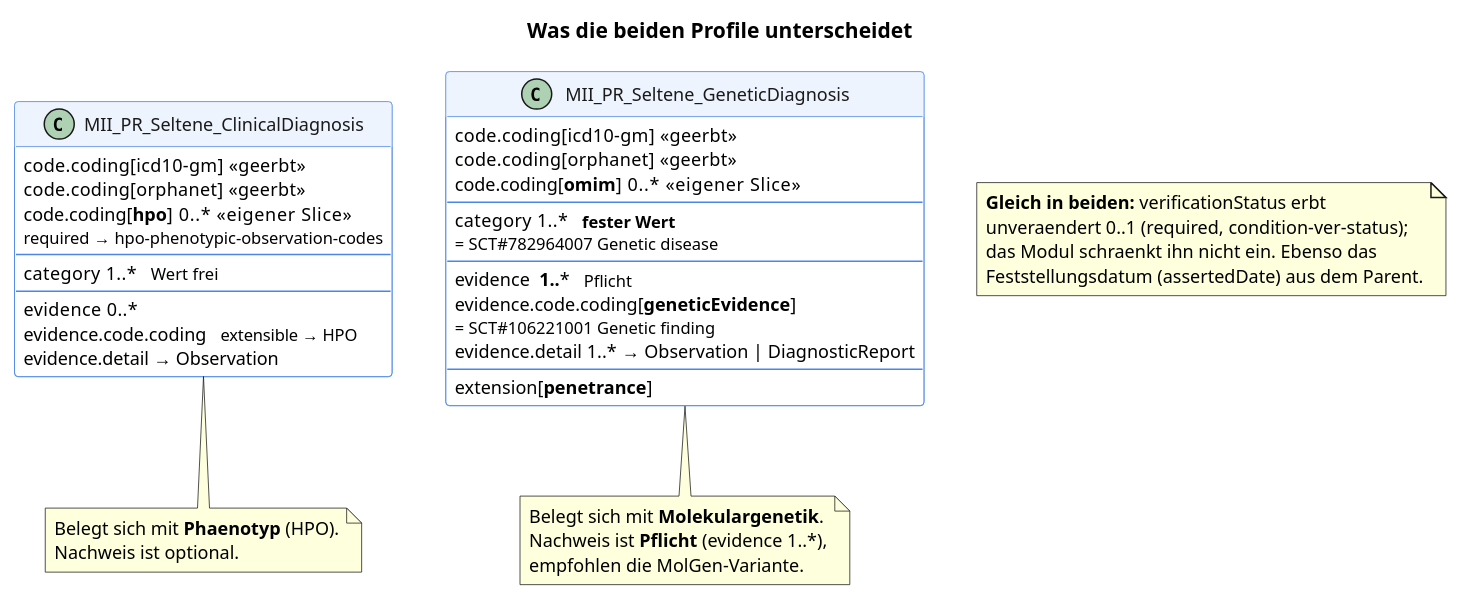
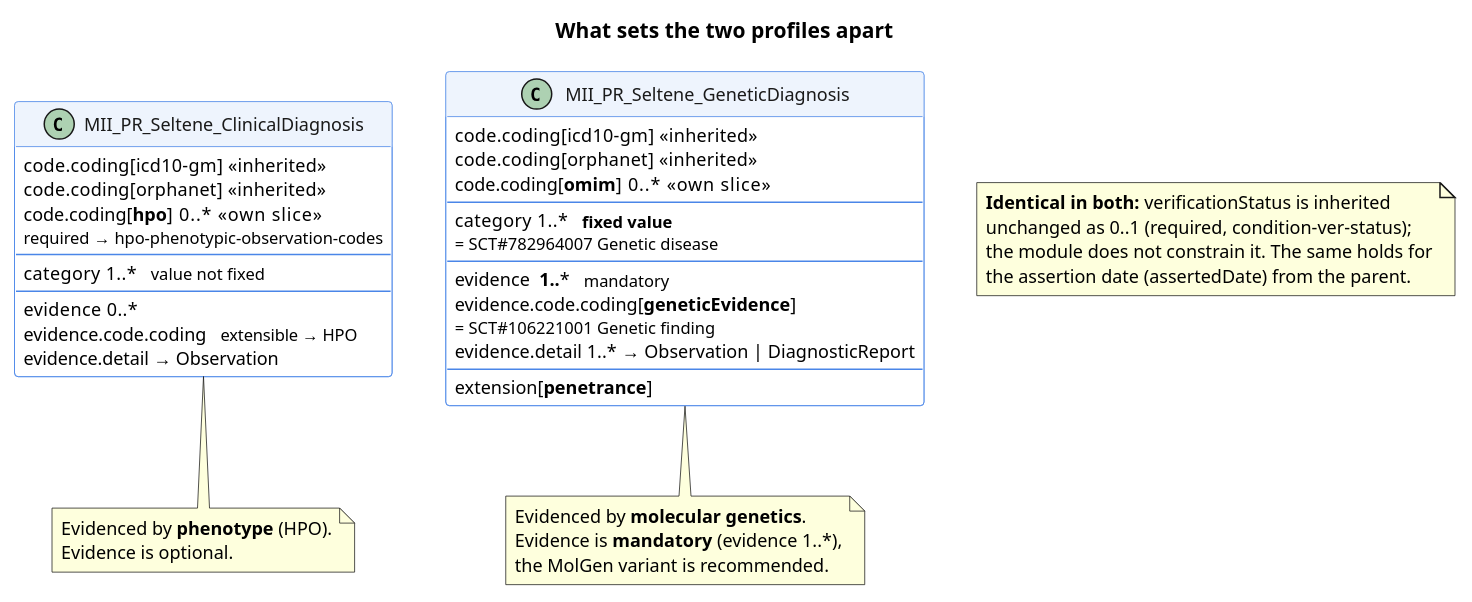
Before and after one commit to medizininformatik-initiative/kerndatensatzmodul-seltene-erkrankungen: the diagram in input/images-source/diagnose-klinisch-vs-genetisch.puml, drawn with PlantUML. The commit also changed 12 other files, not shown here.

First line of the commit message:
fix(images): Diagnose-Diagramme mit Umlauten und in beiden Sprachen

```diff
--- a/input/images-source/diagnose-klinisch-vs-genetisch.puml
+++ b/input/images-source/diagnose-klinisch-vs-genetisch.puml
@@ -1,83 +1,73 @@
 @startuml
-' Klinische gegen genetische Diagnose — Strukturvergleich.
-' Sprachneutral: nur FHIR-Elementnamen, Profil-IDs und Codes.
+' Clinical versus genetic diagnosis — structural comparison, English rendering.
+' German twin: diagnose-klinisch-vs-genetisch-de.puml (renders to …-de.svg).
+' See the header of diagnose-parallelmodell.puml for why the pair exists.
 '
-' Korrigiert 2026-09-03. Die erste Fassung (2026-09-02) fuehrte vier
-' Extensions auf, die noch am selben Tag entfernt wurden (ageOfOnset,
-' inheritancePattern an beiden Profilen, geneticBasis an der genetischen),
-' und behauptete einen Unterschied "Kategorie optional gegen Pflicht", den
-' es nie gab: category ist in BEIDEN Profilen 1..*. Der wirkliche Unterschied
-' ist, dass die genetische Diagnose den WERT der Kategorie festlegt.
-' Ausserdem war verificationStatus als Profil-Constraint dargestellt — das
-' Modul schraenkt es an keiner Stelle ein, es erbt unveraendert 0..1 mit
-' required-Bindung an condition-ver-status. Die Empfehlung, welcher Status
-' wann zu setzen ist, steht im Parallelmodell-Diagramm, wo sie hingehoert.
-' Jede Zeile unten ist am 2026-09-03 gegen die generierten
-' StructureDefinitions geprueft.
-' KEIN 'left to right direction': das dreht die Semantik der Pfeilrichtung um,
-' wodurch aus '-[hidden]right->' ein Untereinander wird und der Vergleich seine
-' Nebeneinander-Anordnung verliert (so passiert am 2026-09-03).
+' Every line below was checked against the generated StructureDefinitions on
+' 2026-09-03. NO 'left to right direction': it inverts arrow-direction
+' semantics, turning '-[hidden]right->' into a vertical stack and costing the
+' comparison its side-by-side arrangement.
 skinparam backgroundColor transparent
 skinparam shadowing false
 skinparam defaultFontName Helvetica
 skinparam defaultFontSize 12
 skinparam ArrowColor #555555
 skinparam class {
   BorderColor #4a86e8
   BackgroundColor #ffffff
   HeaderBackgroundColor #eef4fd
   FontColor #1a1a1a
 }
 
-title Was die beiden Profile unterscheidet
+title What sets the two profiles apart
 
 class "MII_PR_Seltene_ClinicalDiagnosis" as C {
-  code.coding[icd10-gm]   << geerbt >>
-  code.coding[orphanet]   << geerbt >>
-  code.coding[**hpo**]  0..*   << eigener Slice >>
+  code.coding[icd10-gm]   << inherited >>
+  code.coding[orphanet]   << inherited >>
+  code.coding[**hpo**]  0..*   << own slice >>
   <size:11>required → hpo-phenotypic-observation-codes</size>
   --
-  category  1..*   <size:11>Wert frei</size>
+  category  1..*   <size:11>value not fixed</size>
   --
   evidence  0..*
   evidence.code.coding   <size:11>extensible → HPO</size>
   evidence.detail → Observation
 }
 
 class "MII_PR_Seltene_GeneticDiagnosis" as G {
-  code.coding[icd10-gm]   << geerbt >>
-  code.coding[orphanet]   << geerbt >>
-  code.coding[**omim**]  0..*   << eigener Slice >>
+  code.coding[icd10-gm]   << inherited >>
+  code.coding[orphanet]   << inherited >>
+  code.coding[**omim**]  0..*   << own slice >>
   --
-  category  1..*   <size:11>**fester Wert**</size>
+  category  1..*   <size:11>**fixed value**</size>
   <size:11>= SCT#782964007 Genetic disease</size>
   --
-  evidence  **1..***   <size:11>Pflicht</size>
+  evidence  **1..***   <size:11>mandatory</size>
   evidence.code.coding[**geneticEvidence**]
   <size:11>= SCT#106221001 Genetic finding</size>
   evidence.detail  1..* → Observation | DiagnosticReport
   --
   extension[**penetrance**]
 }
 
 C -[hidden]right-> G
 
 note bottom of C
-  Belegt sich mit **Phaenotyp** (HPO).
-  Nachweis ist optional.
+  Evidenced by **phenotype** (HPO).
+  Evidence is optional.
 end note
 
 note bottom of G
-  Belegt sich mit **Molekulargenetik**.
-  Nachweis ist **Pflicht** (evidence 1..*),
-  empfohlen die MolGen-Variante.
+  Evidenced by **molecular genetics**.
+  Evidence is **mandatory** (evidence 1..*),
+  the MolGen variant is recommended.
 end note
 
 note as N
-  **Gleich in beiden:** verificationStatus erbt
-  unveraendert 0..1 (required, condition-ver-status);
-  das Modul schraenkt ihn nicht ein. Ebenso das
-  Feststellungsdatum (assertedDate) aus dem Parent.
+  **Identical in both:** verificationStatus is inherited
+  unchanged as 0..1 (required, condition-ver-status);
+  the module does not constrain it. The same holds for
+  the assertion date (assertedDate) from the parent.
 end note
 
 @enduml
```
